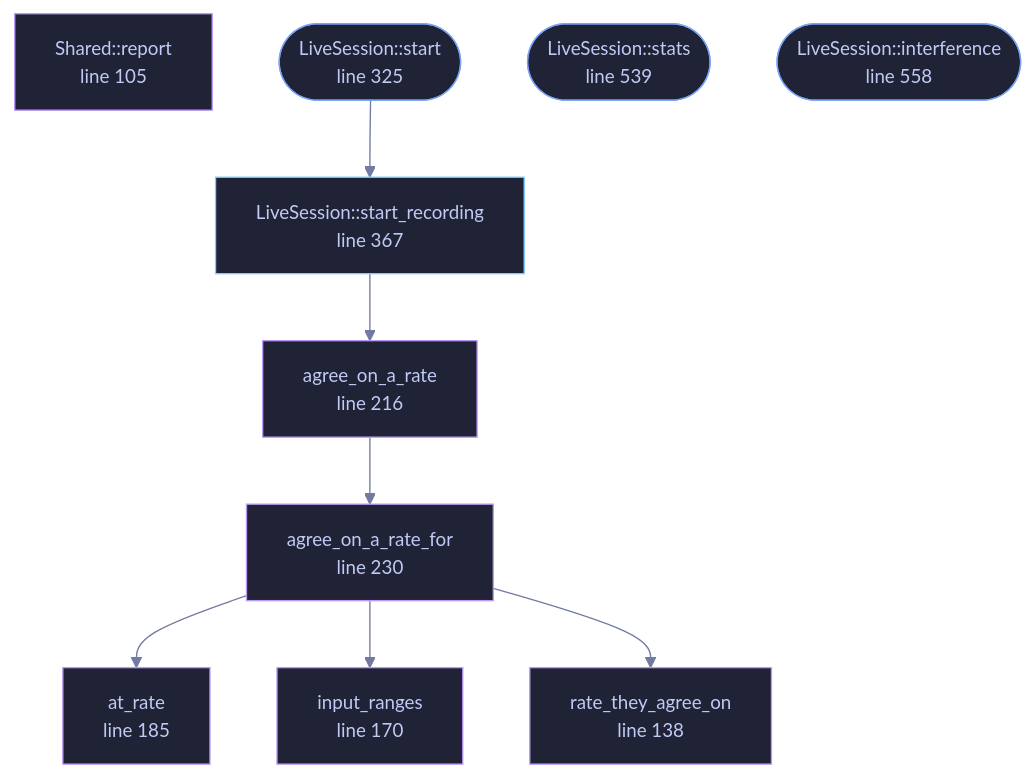
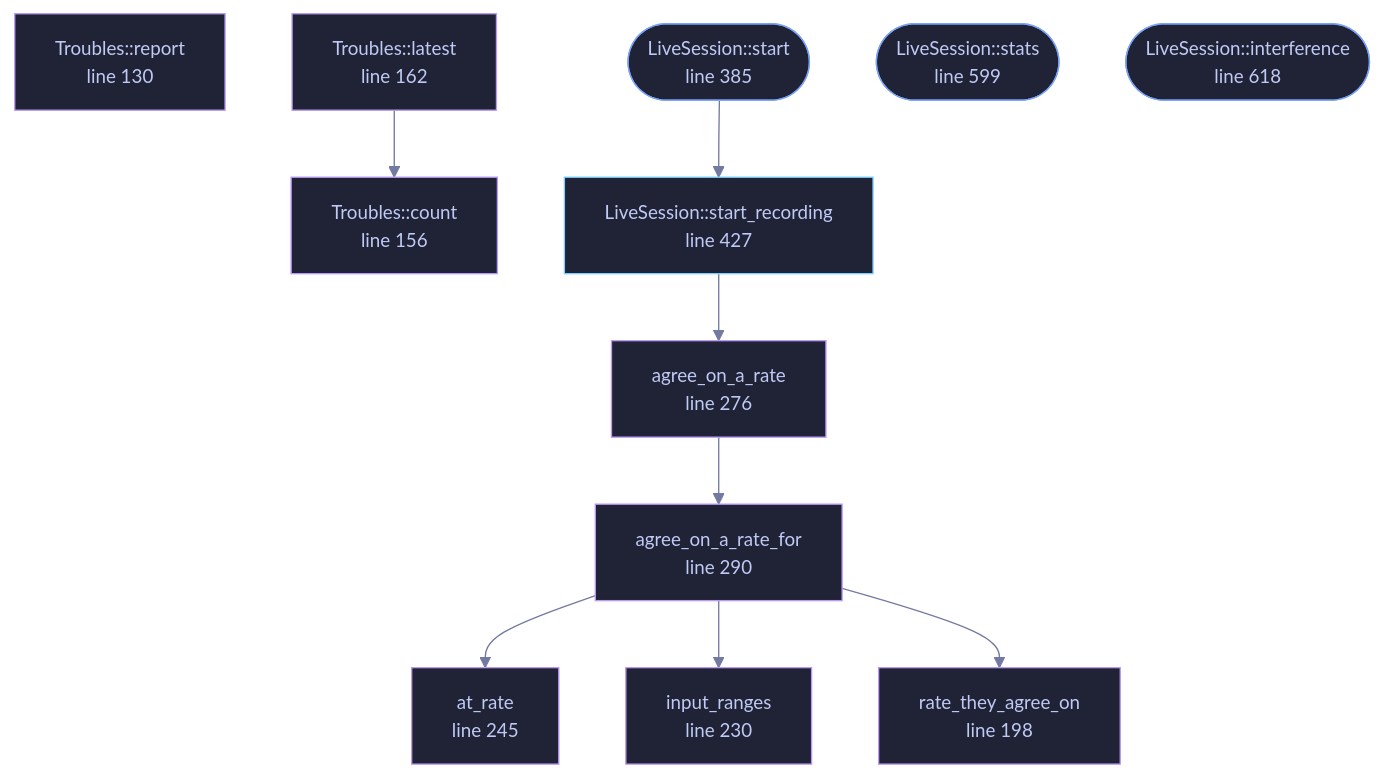
The diagram in docs/files/veilvoice-audio/live.md (tilas01/veilvoice), drawn with Mermaid before and after one commit. The commit also changed other lines of this file and 54 other files, not shown here.

````diff
--- a/docs/files/veilvoice-audio/live.md
+++ b/docs/files/veilvoice-audio/live.md
@@ -101,36 +102,41 @@
 ```mermaid
 %%{init: {"theme":"base","themeVariables":{"background":"#1a1b26","primaryColor":"#1f2335","primaryTextColor":"#c0caf5","primaryBorderColor":"#7aa2f7","secondaryColor":"#16161e","tertiaryColor":"#16161e","lineColor":"#737aa2","textColor":"#c0caf5","mainBkg":"#1f2335","nodeBorder":"#7aa2f7","clusterBkg":"#16161e","clusterBorder":"#2f3549","fontFamily":"ui-monospace, SFMono-Regular, Consolas, monospace","fontSize":"14px"}}}%%
 flowchart TD
-    n_report["Shared::report<br/>line 105"]
-    n_rate_they_agree_on["rate_they_agree_on<br/>line 138"]
-    n_input_ranges["input_ranges<br/>line 170"]
-    n_at_rate["at_rate<br/>line 185"]
-    n_agree_on_a_rate["agree_on_a_rate<br/>line 216"]
-    n_agree_on_a_rate_for["agree_on_a_rate_for<br/>line 230"]
-    n_start(["LiveSession::start<br/>line 325"])
-    n_start_recording["LiveSession::start_recording<br/>line 367"]
-    n_stats(["LiveSession::stats<br/>line 539"])
-    n_interference(["LiveSession::interference<br/>line 558"])
+    n_report["Troubles::report<br/>line 130"]
+    n_count["Troubles::count<br/>line 156"]
+    n_latest["Troubles::latest<br/>line 162"]
+    n_rate_they_agree_on["rate_they_agree_on<br/>line 198"]
+    n_input_ranges["input_ranges<br/>line 230"]
+    n_at_rate["at_rate<br/>line 245"]
+    n_agree_on_a_rate["agree_on_a_rate<br/>line 276"]
+    n_agree_on_a_rate_for["agree_on_a_rate_for<br/>line 290"]
+    n_start(["LiveSession::start<br/>line 385"])
+    n_start_recording["LiveSession::start_recording<br/>line 427"]
+    n_stats(["LiveSession::stats<br/>line 599"])
+    n_interference(["LiveSession::interference<br/>line 618"])
     n_agree_on_a_rate --> n_agree_on_a_rate_for
     n_agree_on_a_rate_for --> n_at_rate
     n_agree_on_a_rate_for --> n_input_ranges
     n_agree_on_a_rate_for --> n_rate_they_agree_on
+    n_latest --> n_count
     n_start --> n_start_recording
     n_start_recording --> n_agree_on_a_rate
-    click n_report href "https://github.com/tilas01/veilvoice/blob/main/crates/veilvoice-audio/src/live.rs#L105" "open the source"
-    click n_rate_they_agree_on href "https://github.com/tilas01/veilvoice/blob/main/crates/veilvoice-audio/src/live.rs#L138" "open the source"
-    click n_input_ranges href "https://github.com/tilas01/veilvoice/blob/main/crates/veilvoice-audio/src/live.rs#L170" "open the source"
-    click n_at_rate href "https://github.com/tilas01/veilvoice/blob/main/crates/veilvoice-audio/src/live.rs#L185" "open the source"
-    click n_agree_on_a_rate href "https://github.com/tilas01/veilvoice/blob/main/crates/veilvoice-audio/src/live.rs#L216" "open the source"
-    click n_agree_on_a_rate_for href "https://github.com/tilas01/veilvoice/blob/main/crates/veilvoice-audio/src/live.rs#L230" "open the source"
-    click n_start href "https://github.com/tilas01/veilvoice/blob/main/crates/veilvoice-audio/src/live.rs#L325" "open the source"
-    click n_start_recording href "https://github.com/tilas01/veilvoice/blob/main/crates/veilvoice-audio/src/live.rs#L367" "open the source"
-    click n_stats href "https://github.com/tilas01/veilvoice/blob/main/crates/veilvoice-audio/src/live.rs#L539" "open the source"
-    click n_interference href "https://github.com/tilas01/veilvoice/blob/main/crates/veilvoice-audio/src/live.rs#L558" "open the source"
+    click n_report href "https://github.com/tilas01/veilvoice/blob/main/crates/veilvoice-audio/src/live.rs#L130" "open the source"
+    click n_count href "https://github.com/tilas01/veilvoice/blob/main/crates/veilvoice-audio/src/live.rs#L156" "open the source"
+    click n_latest href "https://github.com/tilas01/veilvoice/blob/main/crates/veilvoice-audio/src/live.rs#L162" "open the source"
+    click n_rate_they_agree_on href "https://github.com/tilas01/veilvoice/blob/main/crates/veilvoice-audio/src/live.rs#L198" "open the source"
+    click n_input_ranges href "https://github.com/tilas01/veilvoice/blob/main/crates/veilvoice-audio/src/live.rs#L230" "open the source"
+    click n_at_rate href "https://github.com/tilas01/veilvoice/blob/main/crates/veilvoice-audio/src/live.rs#L245" "open the source"
+    click n_agree_on_a_rate href "https://github.com/tilas01/veilvoice/blob/main/crates/veilvoice-audio/src/live.rs#L276" "open the source"
+    click n_agree_on_a_rate_for href "https://github.com/tilas01/veilvoice/blob/main/crates/veilvoice-audio/src/live.rs#L290" "open the source"
+    click n_start href "https://github.com/tilas01/veilvoice/blob/main/crates/veilvoice-audio/src/live.rs#L385" "open the source"
+    click n_start_recording href "https://github.com/tilas01/veilvoice/blob/main/crates/veilvoice-audio/src/live.rs#L427" "open the source"
+    click n_stats href "https://github.com/tilas01/veilvoice/blob/main/crates/veilvoice-audio/src/live.rs#L599" "open the source"
+    click n_interference href "https://github.com/tilas01/veilvoice/blob/main/crates/veilvoice-audio/src/live.rs#L618" "open the source"
     classDef entry fill:#1f2335,stroke:#7aa2f7,color:#c0caf5
     class n_start,n_stats,n_interference entry
     classDef api fill:#1f2335,stroke:#7dcfff,color:#c0caf5
     class n_start_recording api
     classDef helper fill:#1f2335,stroke:#bb9af7,color:#c0caf5
-    class n_report,n_rate_they_agree_on,n_input_ranges,n_at_rate,n_agree_on_a_rate,n_agree_on_a_rate_for helper
+    class n_report,n_count,n_latest,n_rate_they_agree_on,n_input_ranges,n_at_rate,n_agree_on_a_rate,n_agree_on_a_rate_for helper
 ```
````
